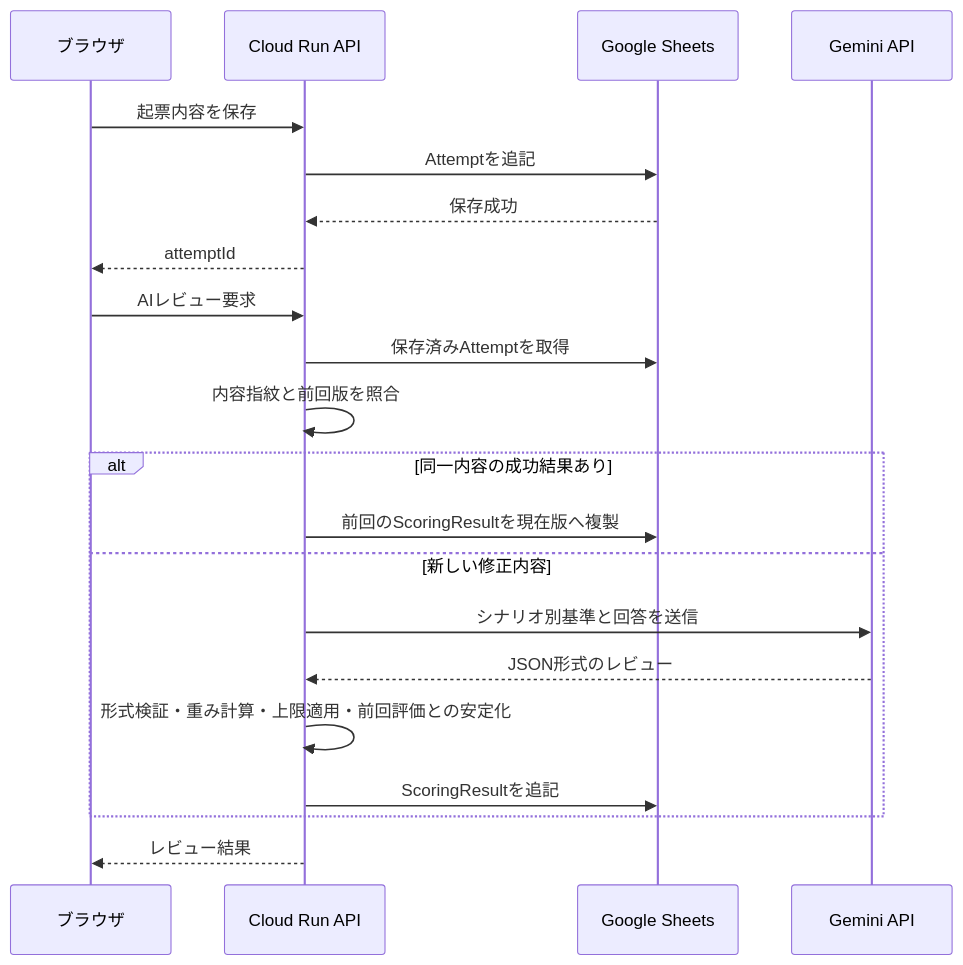
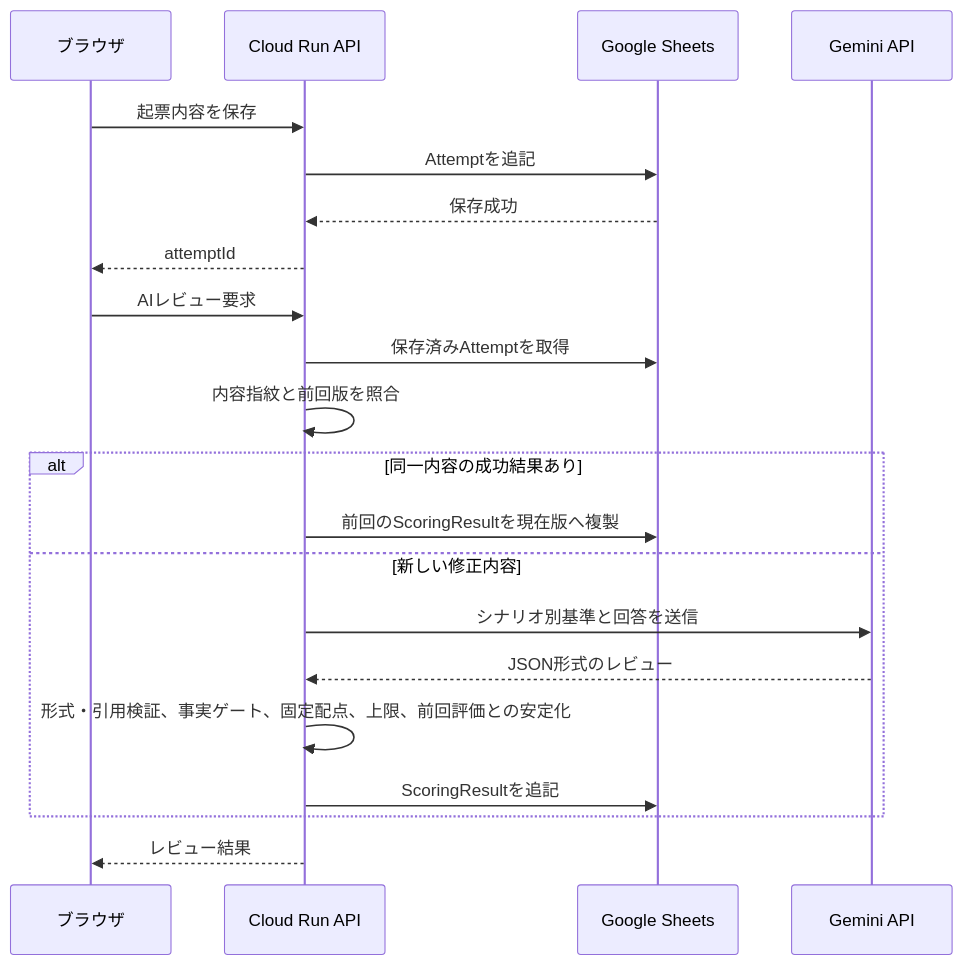
One commit to nakayamaworks/akamain changed the third of 4 diagrams in docs/spec/system-architecture.md. Above: the diagram before and after it, drawn with Mermaid. The commit also changed other lines of this file and 29 other files, not shown here.

````diff
--- a/docs/spec/system-architecture.md
+++ b/docs/spec/system-architecture.md
@@ -221,24 +226,24 @@
 ```mermaid
 sequenceDiagram
     participant Browser as ブラウザ
     participant API as Cloud Run API
     participant Store as Google Sheets
     participant AI as Gemini API
 
     Browser->>API: 起票内容を保存
     API->>Store: Attemptを追記
     Store-->>API: 保存成功
     API-->>Browser: attemptId
     Browser->>API: AIレビュー要求
     API->>Store: 保存済みAttemptを取得
     API->>API: 内容指紋と前回版を照合
     alt 同一内容の成功結果あり
         API->>Store: 前回のScoringResultを現在版へ複製
     else 新しい修正内容
     API->>AI: シナリオ別基準と回答を送信
     AI-->>API: JSON形式のレビュー
-    API->>API: 形式検証・重み計算・上限適用・前回評価との安定化
+    API->>API: 形式・引用検証、事実ゲート、固定配点、上限、前回評価との安定化
     API->>Store: ScoringResultを追記
     end
     API-->>Browser: レビュー結果
 ```
````
